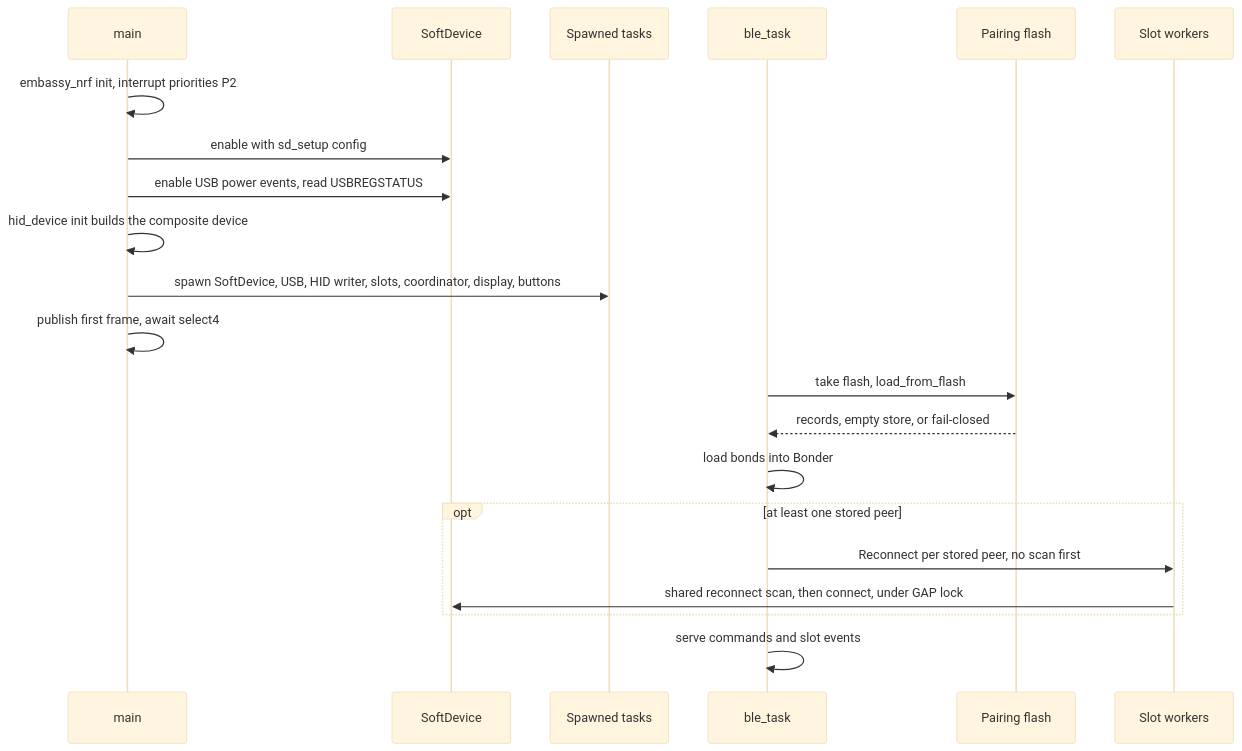
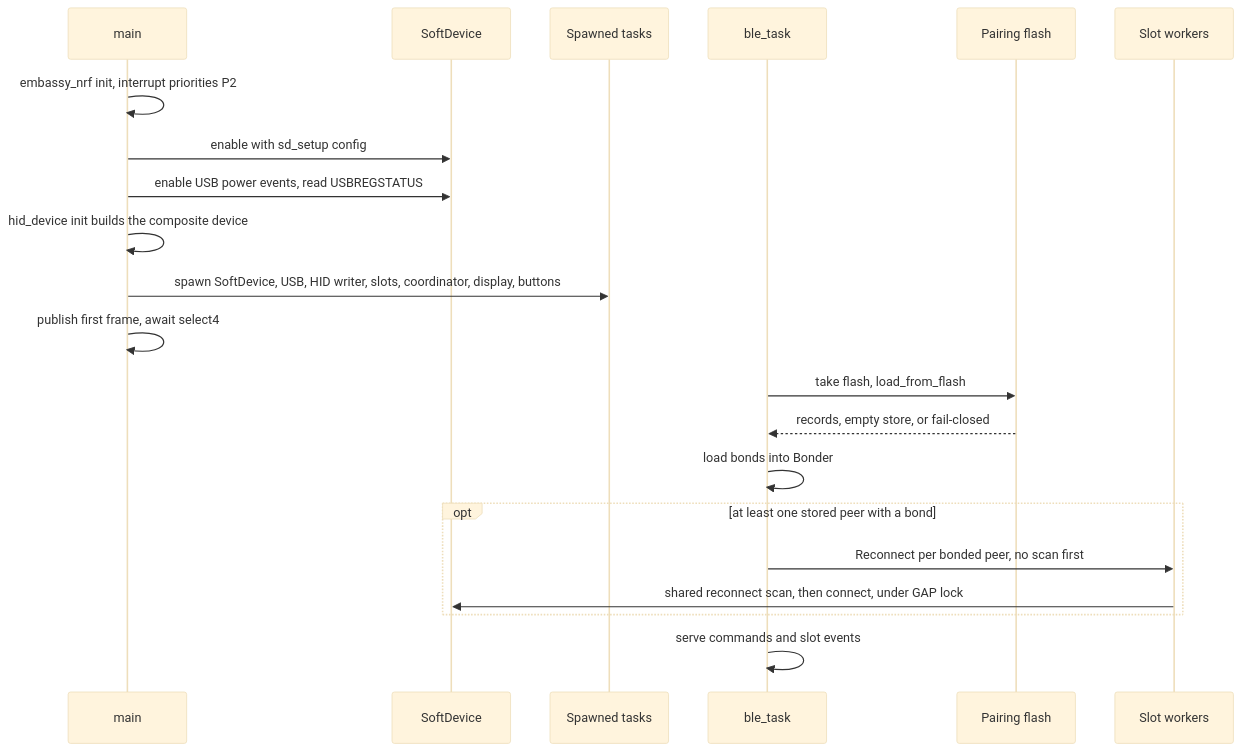
The fourth of 10 diagrams in docs/architecture.md (chefzaid/bt2usb), drawn with Mermaid (base theme) before and after one commit. The commit also changed other lines of this file and 26 other files, not shown here.

````diff
--- a/docs/architecture.md
+++ b/docs/architecture.md
@@ -322,23 +324,23 @@
 ```mermaid
 sequenceDiagram
     participant M as main
     participant SD as SoftDevice
     participant T as Spawned tasks
     participant C as ble_task
     participant F as Pairing flash
     participant W as Slot workers
     M->>M: embassy_nrf init, interrupt priorities P2
     M->>SD: enable with sd_setup config
     M->>SD: enable USB power events, read USBREGSTATUS
     M->>M: hid_device init builds the composite device
     M->>T: spawn SoftDevice, USB, HID writer, slots, coordinator, display, buttons
     M->>M: publish first frame, await select4
     C->>F: take flash, load_from_flash
     F-->>C: records, empty store, or fail-closed
     C->>C: load bonds into Bonder
-    opt at least one stored peer
-        C->>W: Reconnect per stored peer, no scan first
+    opt at least one stored peer with a bond
+        C->>W: Reconnect per bonded peer, no scan first
         W->>SD: shared reconnect scan, then connect, under GAP lock
     end
     C->>C: serve commands and slot events
 ```
````
